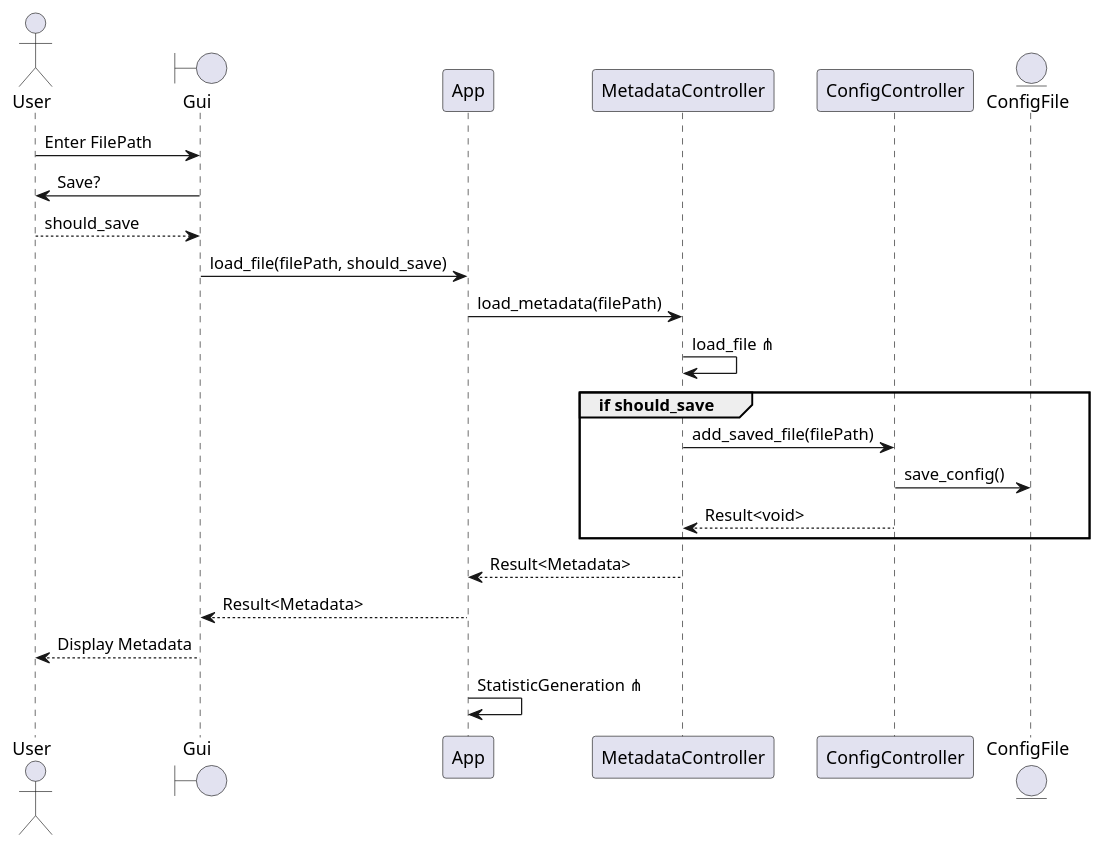
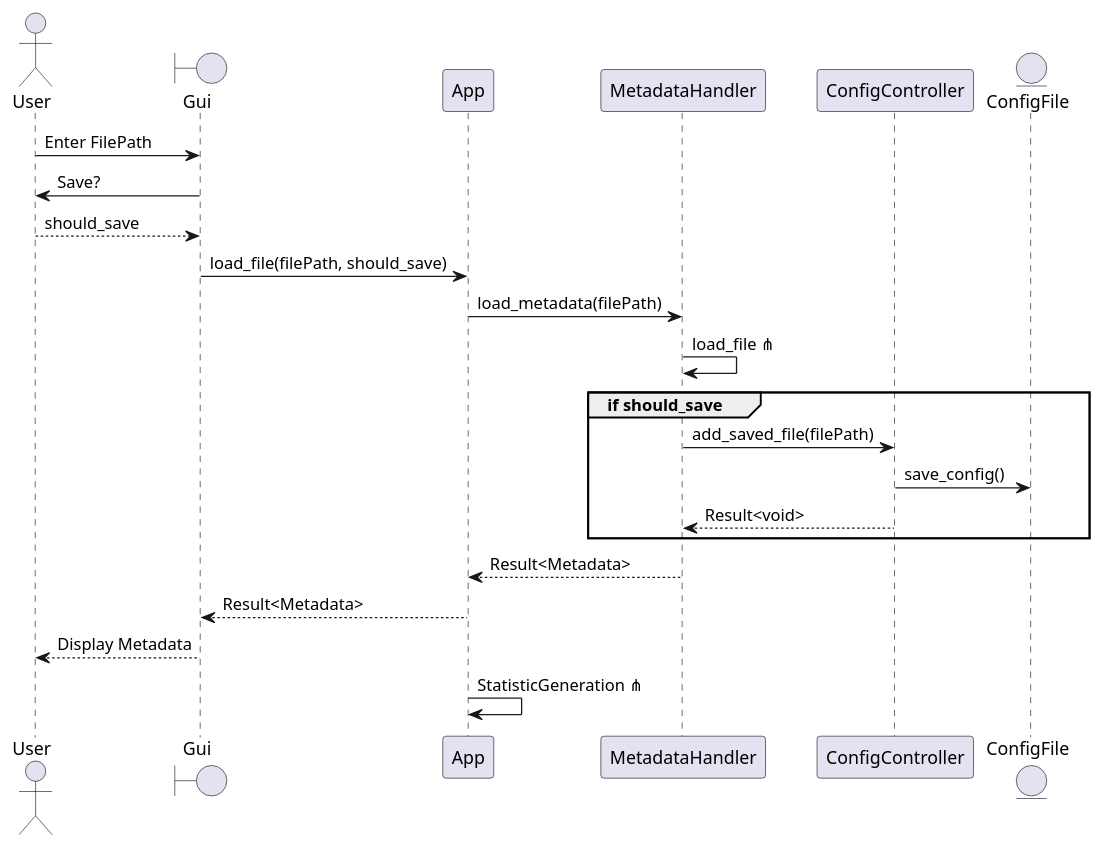
One commit to SoftwareEngineeringOne/wiki changed the sixth of 10 diagrams in wiki/topics/Inkremente/04/Grobdesign.md. Above: the diagram before and after it, drawn with PlantUML. The commit also changed other lines of this file, not shown here.

Commit message:
Add modules to Class Diagramm

````diff
--- a/wiki/topics/Inkremente/04/Grobdesign.md
+++ b/wiki/topics/Inkremente/04/Grobdesign.md
@@ -396,28 +418,28 @@
 ```plantuml
 @startuml Enter File
 actor User
 boundary Gui
 participant App
-participant MetadataController
+participant MetadataHandler
 participant ConfigController
 entity ConfigFile
 
 User -> Gui : Enter FilePath
 Gui -> User : Save?
 User --> Gui : should_save
 Gui -> App : load_file(filePath, should_save)
-App -> MetadataController: load_metadata(filePath)
-MetadataController -> MetadataController : load_file ⋔
+App -> MetadataHandler: load_metadata(filePath)
+MetadataHandler -> MetadataHandler : load_file ⋔
 group if should_save
-    MetadataController -> ConfigController : add_saved_file(filePath)
+    MetadataHandler -> ConfigController : add_saved_file(filePath)
     ConfigController -> ConfigFile : save_config()
-    ConfigController --> MetadataController : Result<void>
+    ConfigController --> MetadataHandler : Result<void>
 end
 
-MetadataController --> App: Result<Metadata>
+MetadataHandler --> App: Result<Metadata>
 App --> Gui : Result<Metadata>
 Gui --> User : Display Metadata
 
 App -> App : StatisticGeneration ⋔
 @enduml
 ```
````
